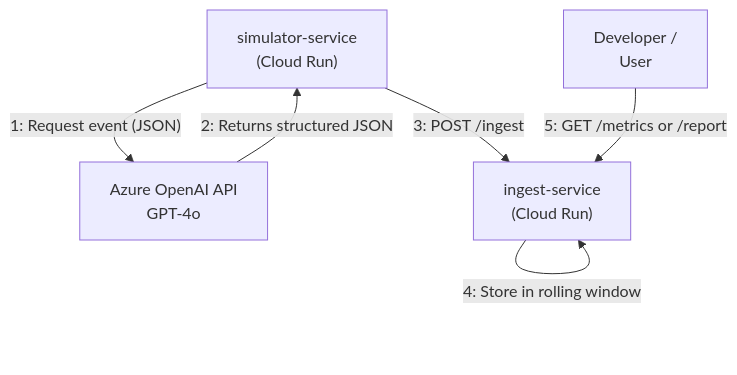
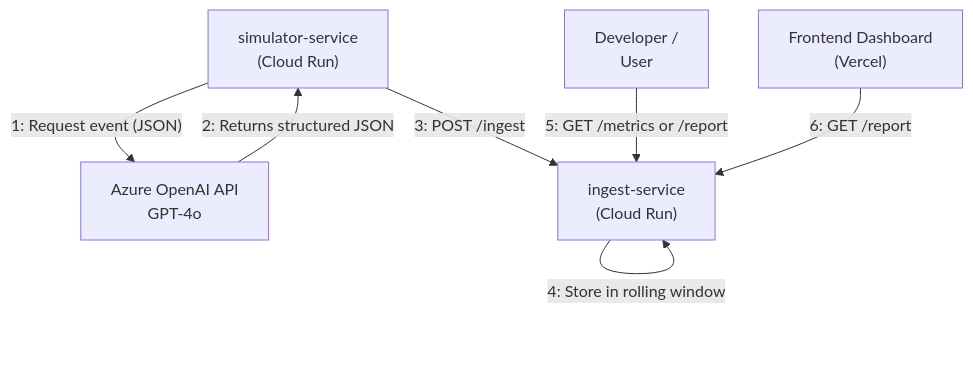
The diagram in README.md (PragalvhaSharma/LLMmonitoring), drawn with Mermaid before and after one commit. The commit also changed other lines of this file, not shown here.

Commit message:
Dashboard and demo

````diff
--- a/README.md
+++ b/README.md
@@ -17,8 +26,9 @@
 ```mermaid
 flowchart TD
     A["simulator-service<br>(Cloud Run)"] -- "1: Request event (JSON)" --> B["Azure OpenAI API<br>GPT-4o"]
     B -- "2: Returns structured JSON" --> A
     A -- "3: POST /ingest" --> C["ingest-service<br>(Cloud Run)"]
     C -- "4: Store in rolling window" --> C
     D["Developer /<br>User"] -- "5: GET /metrics or /report" --> C
+    E["Frontend Dashboard<br>(Vercel)"] -- "6: GET /report" --> C
 ```
````
